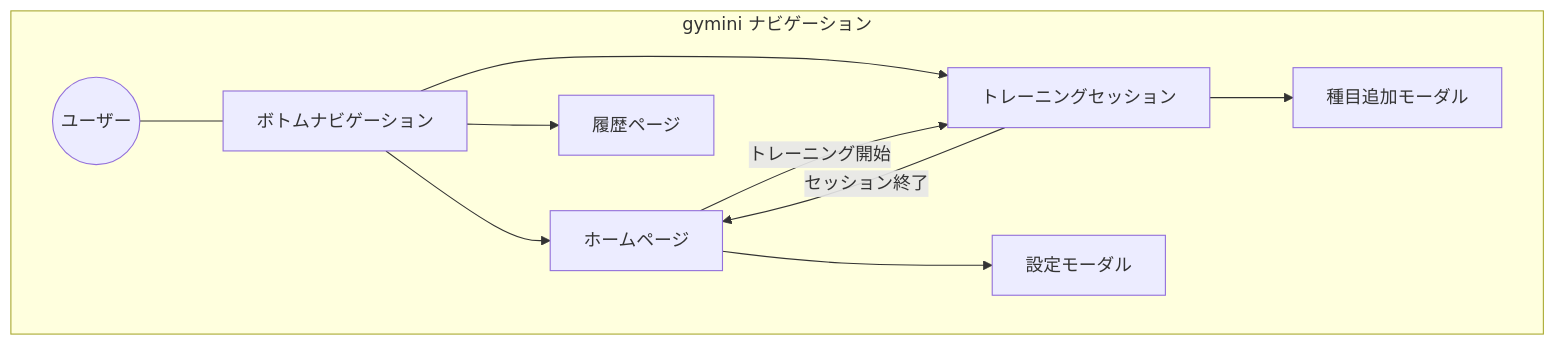
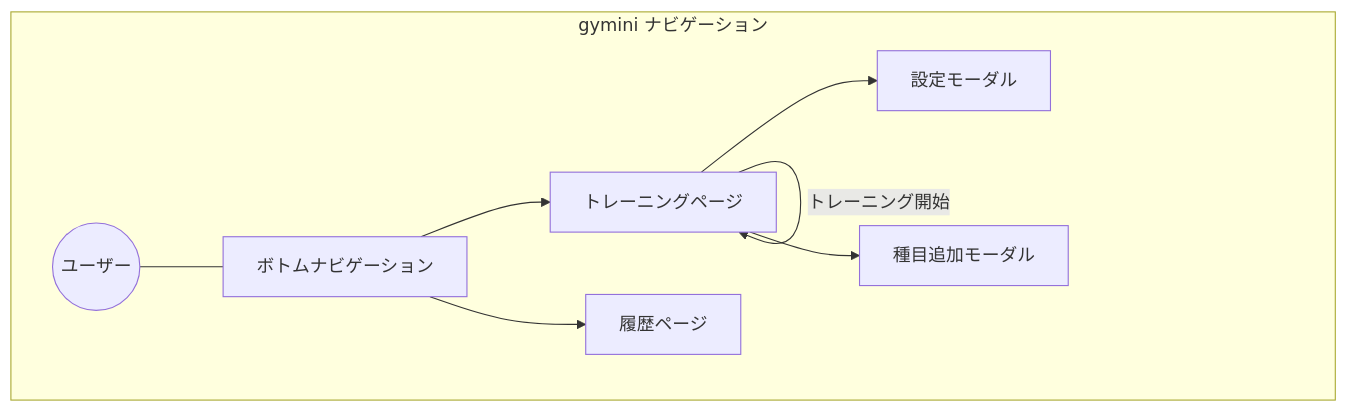
Before and after one commit to SakumaTakuya/gymini: the first of 5 diagrams in .sdd/requirement/navigation.md, drawn with Mermaid. The commit also changed other lines of this file and 2 other files, not shown here.

First line of the commit message:
Refactor navigation PRD: static bottom nav with FAB area

````diff
--- a/.sdd/requirement/navigation.md
+++ b/.sdd/requirement/navigation.md
@@ -62,21 +75,18 @@
 ```mermaid
 graph TB
     subgraph "gymini ナビゲーション"
         User((ユーザー))
-        Home[ホームページ]
-        Training[トレーニングセッション]
+        Training[トレーニングページ]
         History[履歴ページ]
         Settings[設定モーダル]
         AddExercise[種目追加モーダル]
         BottomNav[ボトムナビゲーション]
     end
 
     User --- BottomNav
-    BottomNav --> Home
     BottomNav --> Training
     BottomNav --> History
-    Home --> Settings
-    Home -->|"トレーニング開始"| Training
+    Training --> Settings
+    Training -->|"トレーニング開始"| Training
     Training --> AddExercise
-    Training -->|"セッション終了"| Home
 ```
````
